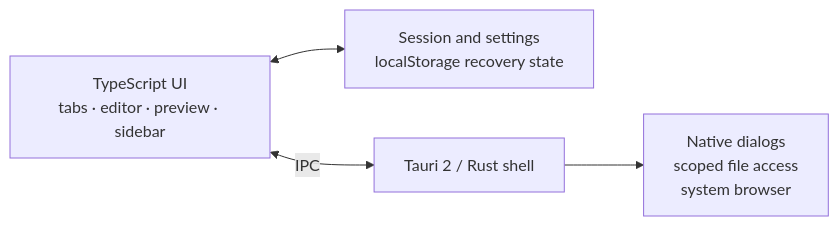
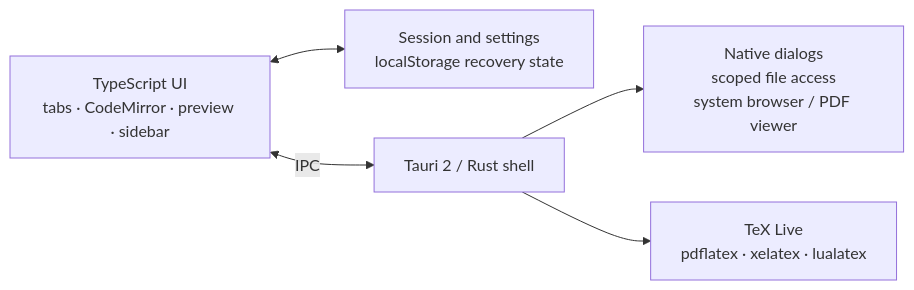
Before and after one commit to arnavpadwal/HouseMD: the diagram in README.md, drawn with Mermaid. The commit also changed other lines of this file and 26 other files, not shown here.

Commit message:
feat: release HouseMD v2.5.0 with CodeMirror, line numbers, and LaTeX

````diff
--- a/README.md
+++ b/README.md
@@ -184,11 +220,13 @@
 ```mermaid
 flowchart LR
-  UI["TypeScript UI<br/>tabs · editor · preview · sidebar"]
+  UI["TypeScript UI<br/>tabs · CodeMirror · preview · sidebar"]
   State["Session and settings<br/>localStorage recovery state"]
   Shell["Tauri 2 / Rust shell"]
-  OS["Native dialogs<br/>scoped file access<br/>system browser"]
+  OS["Native dialogs<br/>scoped file access<br/>system browser / PDF viewer"]
+  TeX["TeX Live<br/>pdflatex · xelatex · lualatex"]
 
   UI <-->|IPC| Shell
   UI <--> State
   Shell --> OS
+  Shell --> TeX
 ```
````
